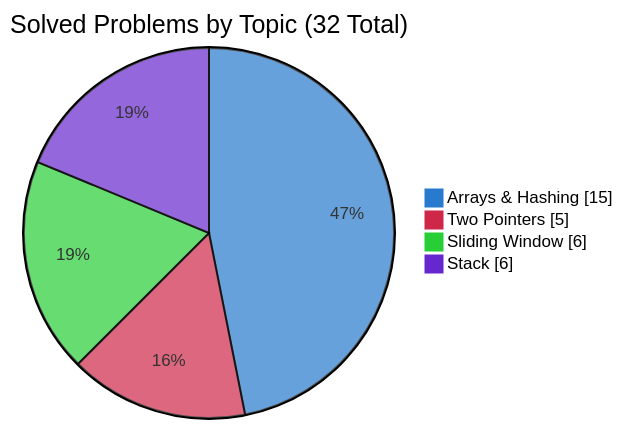
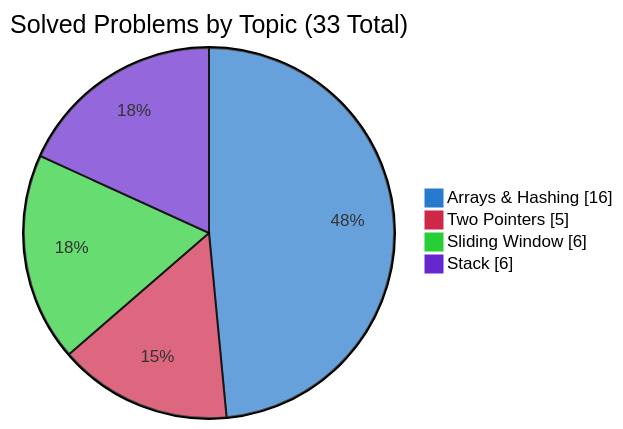
One commit to simonesiega/leetcode-solutions changed the second of 3 diagrams in README.md. Above: the diagram before and after it, drawn with Mermaid. The commit also changed other lines of this file and 3 other files, not shown here.

````diff
--- a/README.md
+++ b/README.md
@@ -78,9 +78,9 @@
 ```mermaid
 %%{init: {"themeVariables":{"pie1":"#277ace","pie2":"#ce2748","pie3":"#27ce35","pie4":"#6727ce"},"themeCSS":".pieCircle:nth-of-type(1){fill:#277ace!important}.legend:nth-of-type(2) rect{fill:#277ace!important;stroke:#277ace!important}.pieCircle:nth-of-type(2){fill:#ce2748!important}.legend:nth-of-type(3) rect{fill:#ce2748!important;stroke:#ce2748!important}.pieCircle:nth-of-type(3){fill:#27ce35!important}.legend:nth-of-type(4) rect{fill:#27ce35!important;stroke:#27ce35!important}.pieCircle:nth-of-type(4){fill:#6727ce!important}.legend:nth-of-type(5) rect{fill:#6727ce!important;stroke:#6727ce!important}"}}%%
 pie showData
-    title Solved Problems by Topic (32 Total)
-    "Arrays & Hashing" : 15
+    title Solved Problems by Topic (33 Total)
+    "Arrays & Hashing" : 16
     "Two Pointers" : 5
     "Sliding Window" : 6
     "Stack" : 6
 ```
````
